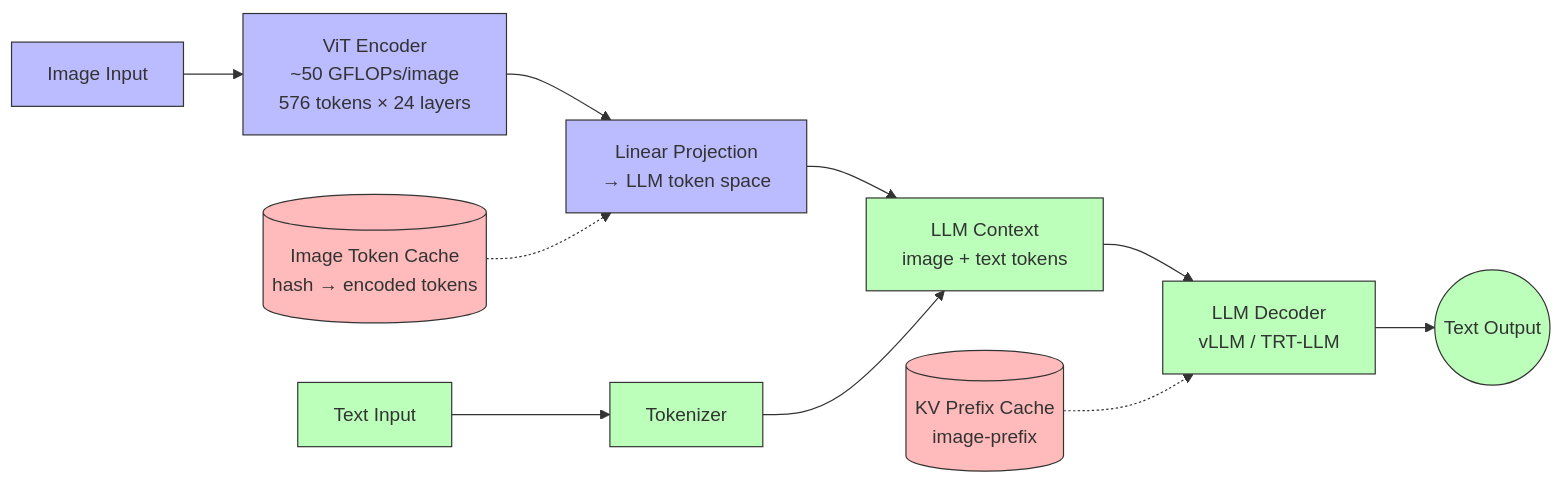
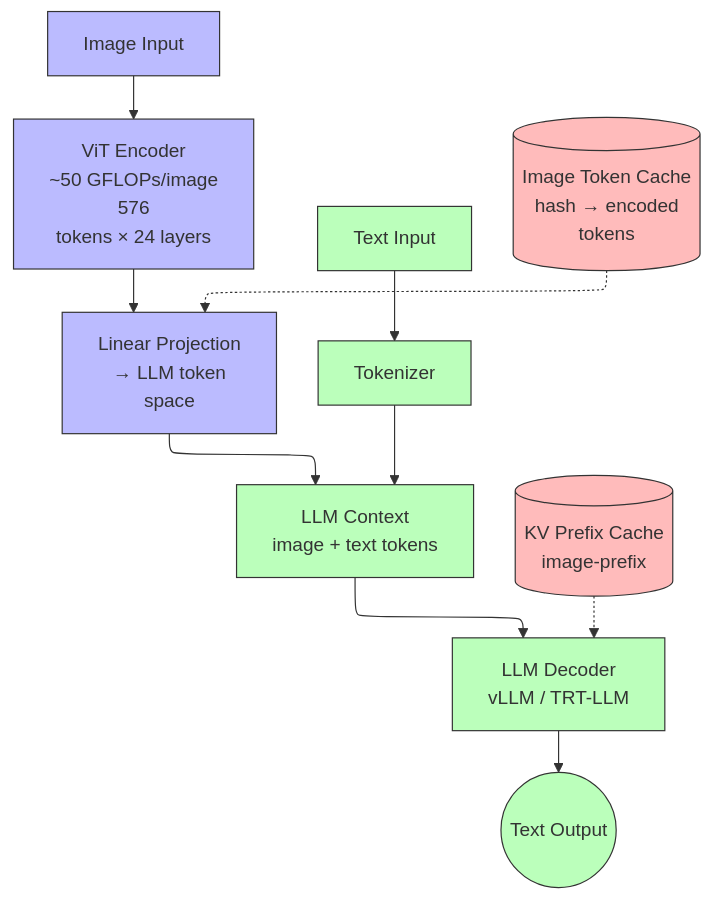
One commit to Wty2003328/ai_infra_intro changed the fifth of 7 diagrams in ai_infra/interview_prep/System_Design_Interview.md. Above: the diagram before and after it, drawn with Mermaid. The commit also changed other lines of this file and 108 other files, not shown here.

````diff
--- a/ai_infra/interview_prep/System_Design_Interview.md
+++ b/ai_infra/interview_prep/System_Design_Interview.md
@@ -340,17 +344,18 @@
 ```mermaid
-flowchart LR
+%%{init: {"flowchart": {"defaultRenderer": "elk", "nodeSpacing": 60, "rankSpacing": 60, "htmlLabels": false}}}%%
+flowchart TD
     classDef vision fill:#bbf,stroke:#333,stroke-width:1px
     classDef llm fill:#bfb,stroke:#333,stroke-width:1px
     classDef cache fill:#fbb,stroke:#333,stroke-width:1px
 
-    Img[Image Input]:::vision --> ViT[ViT Encoder\n~50 GFLOPs/image\n576 tokens × 24 layers]:::vision
-    ViT --> Proj[Linear Projection\n→ LLM token space]:::vision
+    Img[Image Input]:::vision --> ViT[ViT Encoder\n~50 GFLOPs/image\n576<br/>tokens × 24 layers]:::vision
+    ViT --> Proj[Linear Projection\n→ LLM token<br/>space]:::vision
     Txt[Text Input]:::llm --> Tok[Tokenizer]:::llm
     Proj --> Ctx[LLM Context\nimage + text tokens]:::llm
     Tok --> Ctx
     Ctx --> Dec[LLM Decoder\nvLLM / TRT-LLM]:::llm
     Dec --> Out((Text Output)):::llm
 
-    ImgCache[(Image Token Cache\nhash → encoded tokens)]:::cache -.-> Proj
+    ImgCache[(Image Token Cache\nhash → encoded<br/>tokens)]:::cache -.-> Proj
     KVCache[(KV Prefix Cache\nimage-prefix)]:::cache -.-> Dec
 ```
````
